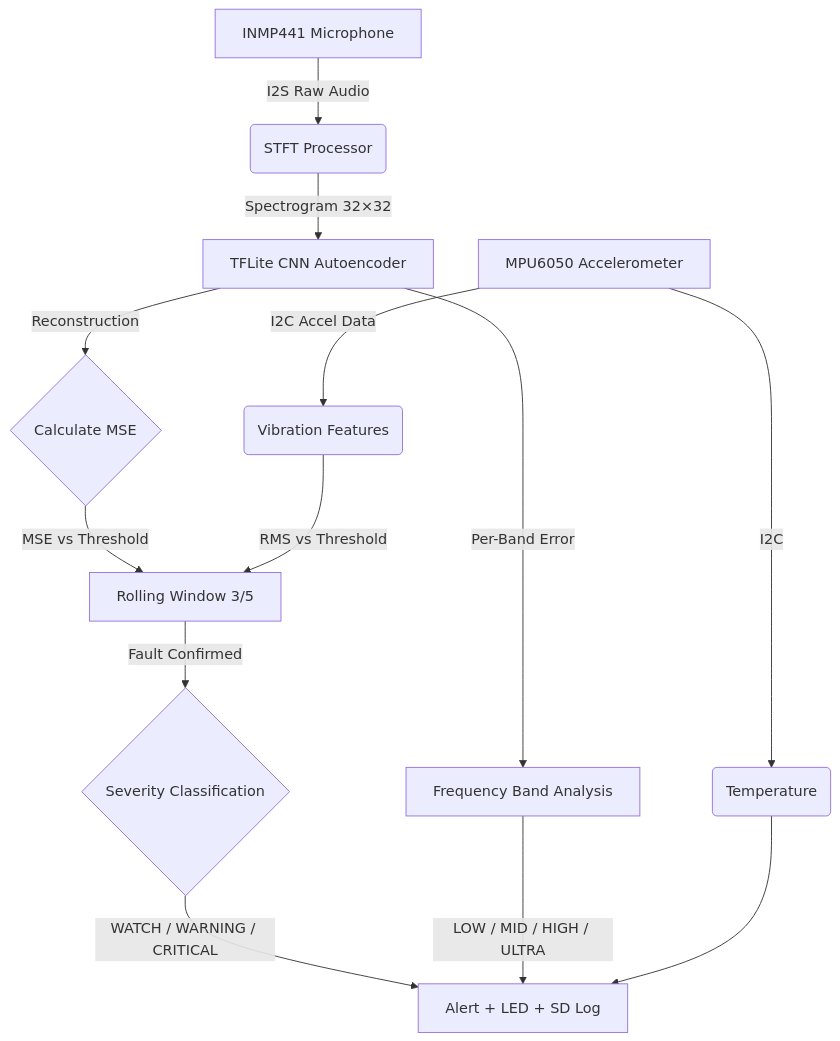
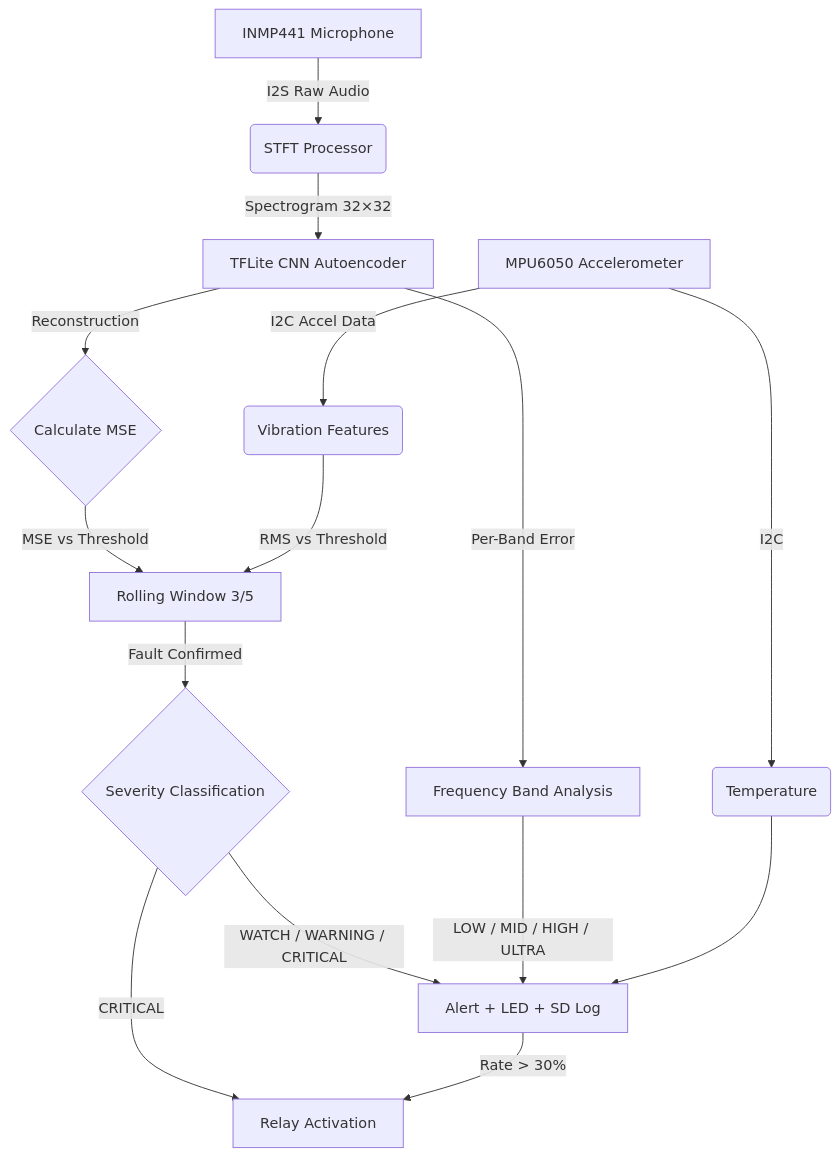
The diagram in README.md (egemen-akkoyunlu/PREDICTIVE_MAINTENANCE_TINYML), drawn with Mermaid before and after one commit. The commit also changed other lines of this file, not shown here.

Commit message:
docs: add relay module and anomaly rate alerting to README

````diff
--- a/README.md
+++ b/README.md
@@ -143,15 +157,17 @@
 ```mermaid
 graph TD
     A[INMP441 Microphone] -->|I2S Raw Audio| B(STFT Processor)
     C[MPU6050 Accelerometer] -->|I2C Accel Data| D(Vibration Features)
     C -->|I2C| T(Temperature)
     B -->|Spectrogram 32×32| E[TFLite CNN Autoencoder]
     E -->|Reconstruction| F{Calculate MSE}
     E -->|Per-Band Error| K[Frequency Band Analysis]
     F -->|MSE vs Threshold| G[Rolling Window 3/5]
     D -->|RMS vs Threshold| G
     G -->|Fault Confirmed| H{Severity Classification}
     H -->|WATCH / WARNING / CRITICAL| I[Alert + LED + SD Log]
+    H -->|CRITICAL| R[Relay Activation]
+    I -->|Rate > 30%| R
     K -->|LOW / MID / HIGH / ULTRA| I
     T --> I
 ```
````
